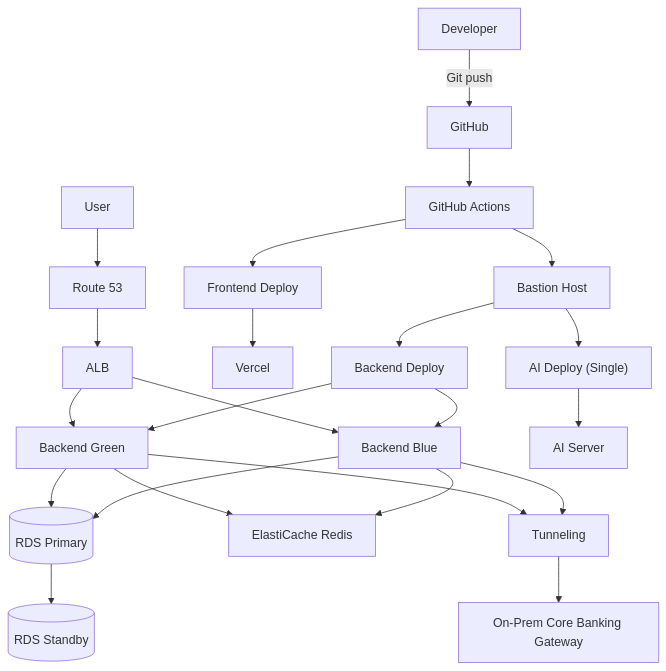
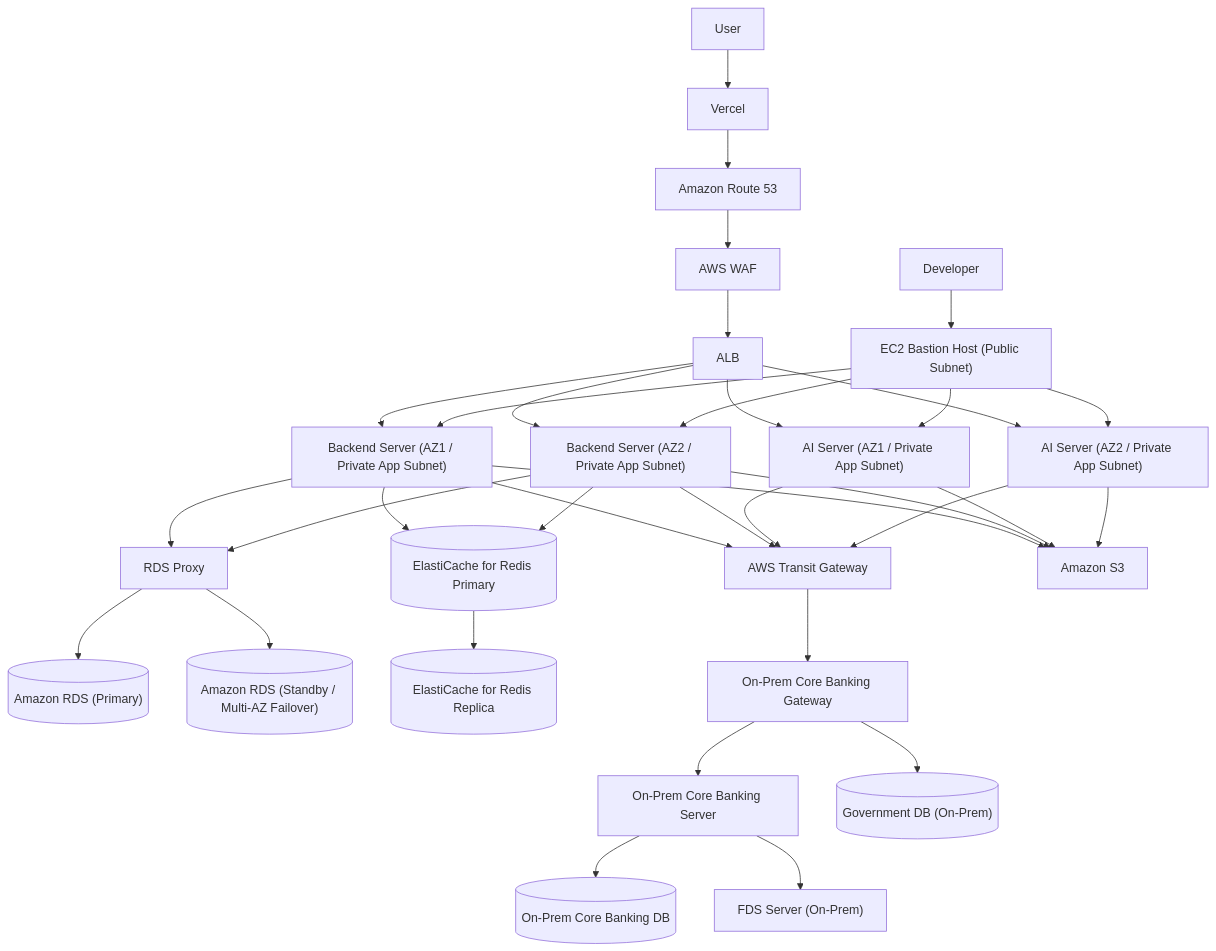
One commit to jaepar/NOVA changed the third of 4 diagrams in AGENTS.md. Above: the diagram before and after it, drawn with Mermaid. The commit also changed other lines of this file, not shown here.

Commit message:
시스템 아키텍처 수정 후 루트 AGENTS.md 수정

````diff
--- a/AGENTS.md
+++ b/AGENTS.md
@@ -34,33 +36,44 @@
 ```mermaid
 flowchart TD
-    Dev["Developer"] -->|"Git push"| Repo["GitHub"]
-    Repo --> GA["GitHub Actions"]
-    GA --> Bastion["Bastion Host"]
+    Dev["Developer"] --> Bastion["EC2 Bastion Host (Public Subnet)"]
 
-    User["User"] --> DNS["Route 53"]
-    DNS --> ALB["ALB"]
+    User["User"] --> Vercel["Vercel"]
+    Vercel --> DNS["Amazon Route 53"]
+    DNS --> WAF["AWS WAF"]
+    WAF --> ALB["ALB"]
 
-    GA --> FEDeploy["Frontend Deploy"]
-    FEDeploy --> FEHost["Vercel"]
+    ALB --> BEAZ1["Backend Server (AZ1 / Private App Subnet)"]
+    ALB --> BEAZ2["Backend Server (AZ2 / Private App Subnet)"]
+    ALB --> AIAZ1["AI Server (AZ1 / Private App Subnet)"]
+    ALB --> AIAZ2["AI Server (AZ2 / Private App Subnet)"]
 
-    Bastion --> BEDeploy["Backend Deploy"]
-    BEDeploy --> BEBlue["Backend Blue"]
-    BEDeploy --> BEGreen["Backend Green"]
+    Bastion --> BEAZ1
+    Bastion --> BEAZ2
+    Bastion --> AIAZ1
+    Bastion --> AIAZ2
 
-    Bastion --> AIDeploy["AI Deploy (Single)"]
-    AIDeploy --> AISingle["AI Server"]
+    BEAZ1 --> RDSProxy["RDS Proxy"]
+    BEAZ2 --> RDSProxy
+    RDSProxy --> RDSPrimary[("Amazon RDS (Primary)")]
+    RDSProxy --> RDSStandby[("Amazon RDS (Standby / Multi-AZ Failover)")]
 
-    ALB --> BEBlue
-    ALB --> BEGreen
+    BEAZ1 --> RedisPrimary[("ElastiCache for Redis Primary")]
+    BEAZ2 --> RedisPrimary
+    RedisPrimary --> RedisReplica[("ElastiCache for Redis Replica")]
 
-    BEBlue --> RDSPrimary[("RDS Primary")]
-    BEGreen --> RDSPrimary
-    RDSPrimary --> RDSStandby[("RDS Standby")]
+    BEAZ1 --> TGW["AWS Transit Gateway"]
+    BEAZ2 --> TGW
+    AIAZ1 --> TGW
+    AIAZ2 --> TGW
 
-    BEBlue --> Redis["ElastiCache Redis"]
-    BEGreen --> Redis
+    TGW --> OnPremGW["On-Prem Core Banking Gateway"]
+    OnPremGW --> OnPremCBS["On-Prem Core Banking Server"]
+    OnPremCBS --> OnPremDB[("On-Prem Core Banking DB")]
+    OnPremGW --> GovDB[("Government DB (On-Prem)")]
+    OnPremCBS --> FDS["FDS Server (On-Prem)"]
 
-    BEBlue --> Tunnel["Tunneling"]
-    BEGreen --> Tunnel
-    Tunnel --> CBGW["On-Prem Core Banking Gateway"]
+    BEAZ1 --> S3["Amazon S3"]
+    BEAZ2 --> S3
+    AIAZ1 --> S3
+    AIAZ2 --> S3
 ```
````
